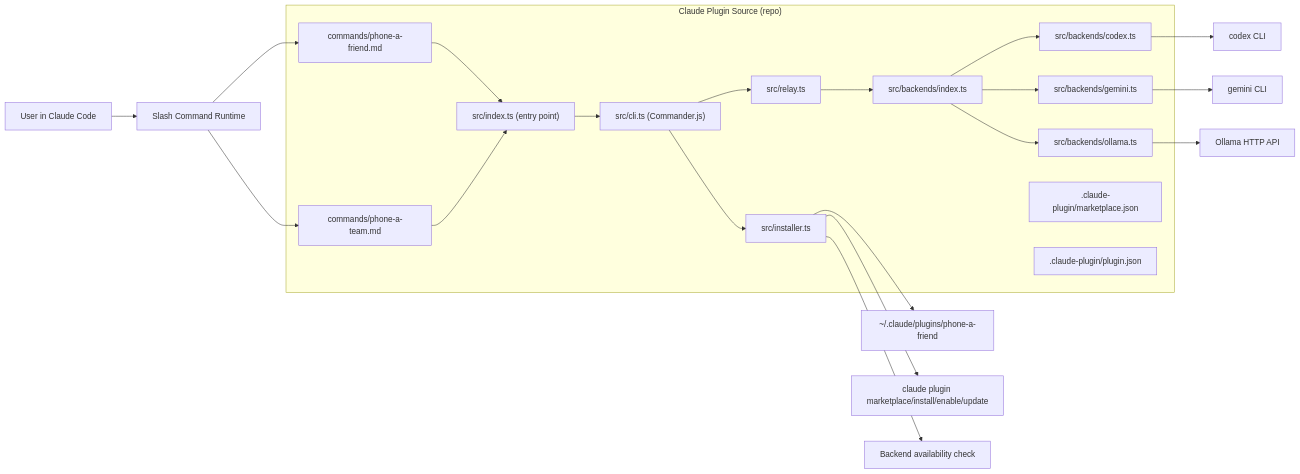
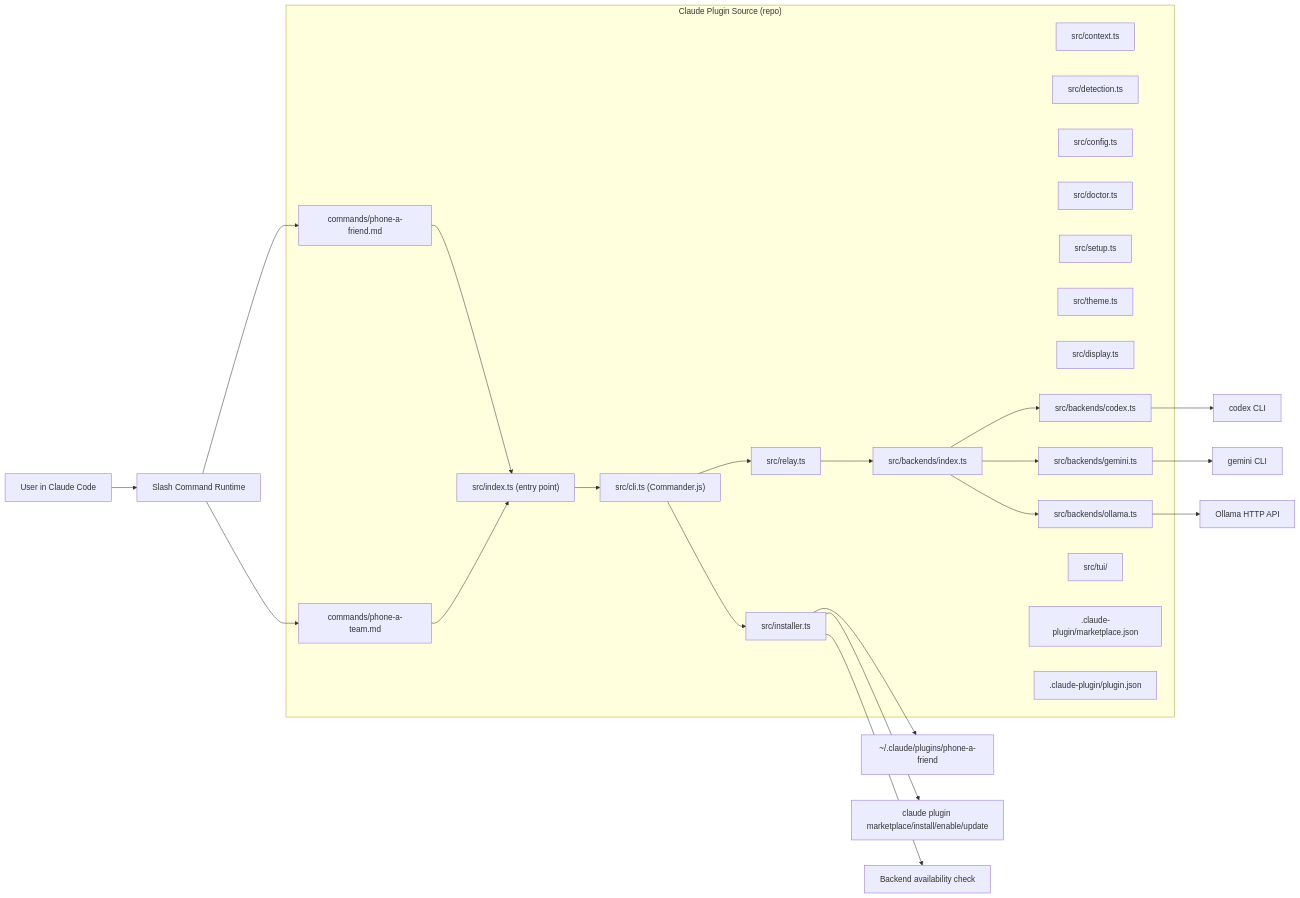
The first of 2 diagrams in architecture/00-system-overview.md (freibergergarcia/phone-a-friend), drawn with Mermaid before and after one commit. The commit also changed other lines of this file and 5 other files, not shown here.

First line of the commit message:
Update architecture docs and fix label-check race condition (#34)

````diff
--- a/architecture/00-system-overview.md
+++ b/architecture/00-system-overview.md
@@ -7,39 +7,47 @@
 ```mermaid
 flowchart LR
   U[User in Claude Code] --> SC[Slash Command Runtime]
 
   subgraph Plugin["Claude Plugin Source (repo)"]
     C1["commands/phone-a-friend.md"]
     C2["commands/phone-a-team.md"]
     IDX["src/index.ts (entry point)"]
     CLI["src/cli.ts (Commander.js)"]
     R["src/relay.ts"]
+    CTX["src/context.ts"]
+    DET["src/detection.ts"]
+    CFG["src/config.ts"]
+    DOC["src/doctor.ts"]
+    SET["src/setup.ts"]
+    THM["src/theme.ts"]
+    DSP["src/display.ts"]
     BREG["src/backends/index.ts"]
     BC["src/backends/codex.ts"]
     BG["src/backends/gemini.ts"]
     BO["src/backends/ollama.ts"]
     INST["src/installer.ts"]
+    TUI["src/tui/"]
     PM[".claude-plugin/marketplace.json"]
     PJ[".claude-plugin/plugin.json"]
   end
 
   SC --> C1
   SC --> C2
 
   C1 --> IDX
   C2 --> IDX
   IDX --> CLI
   CLI --> R
   R --> BREG
   BREG --> BC
   BREG --> BG
   BREG --> BO
   BC --> COD["codex CLI"]
   BG --> GEM["gemini CLI"]
   BO --> OLL["Ollama HTTP API"]
 
   CLI --> INST
   INST --> CP["~/.claude/plugins/phone-a-friend"]
   INST --> CCLI["claude plugin marketplace/install/enable/update"]
   INST --> BCHK["Backend availability check"]
 ```
````
